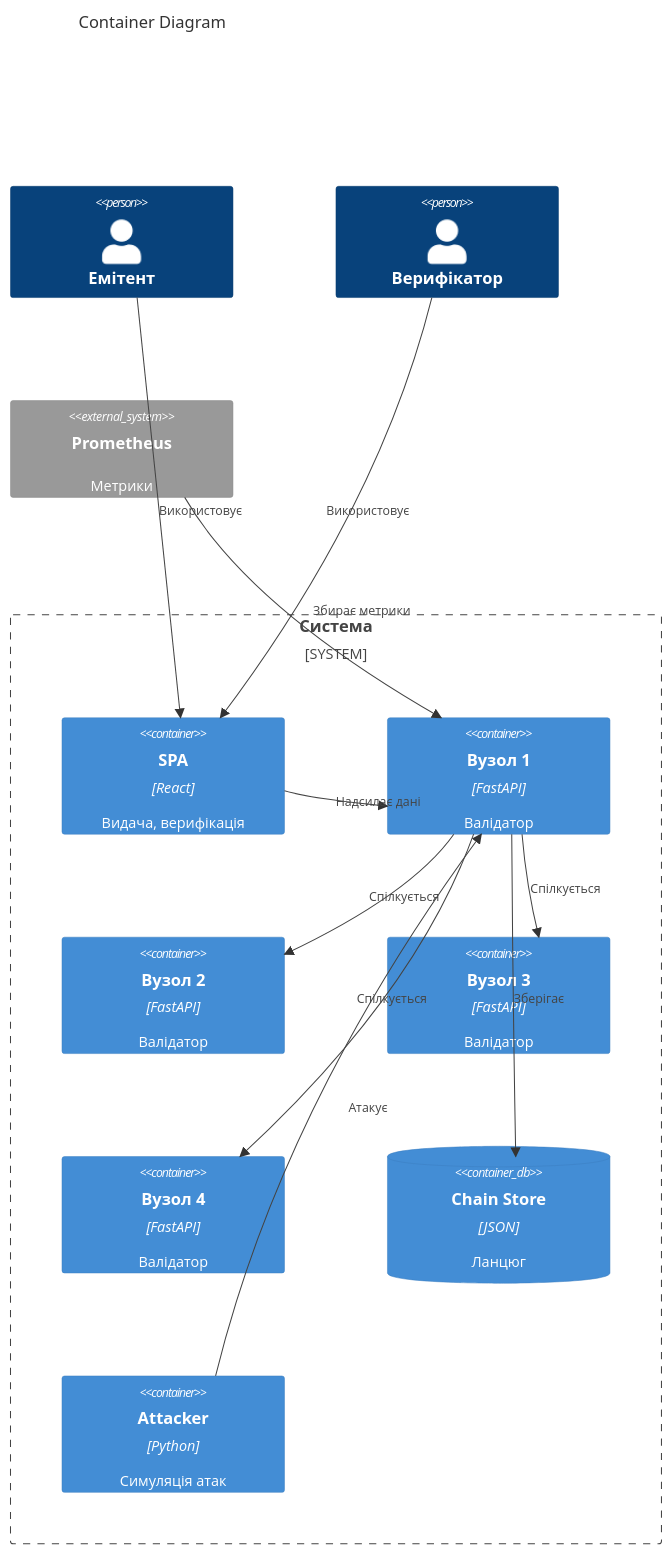
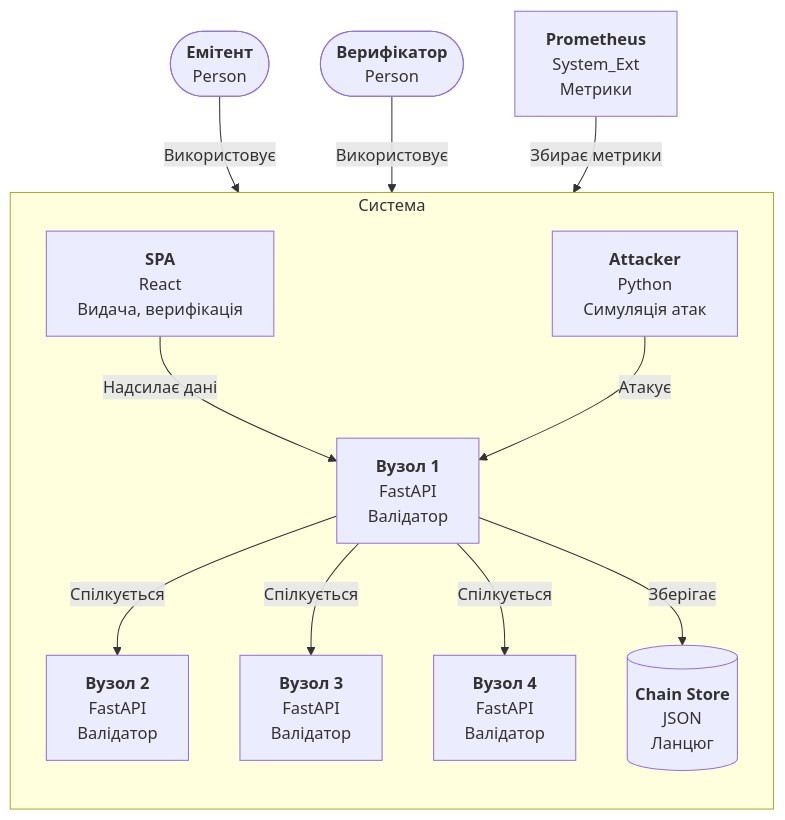
Before and after one commit to YakymivDanylo/F2-diploma-project: the second of 2 diagrams in F2_Diploma_Yakymiv_DR/AI-Logs/LR5-c4-level1-2-draft-v0.1.md, drawn with Mermaid. The commit also changed other lines of this file and 1 other file, not shown here.

Commit message:
docs(core): convert raw C4 draft diagrams to flowchart syntax

````diff
--- a/F2_Diploma_Yakymiv_DR/AI-Logs/LR5-c4-level1-2-draft-v0.1.md
+++ b/F2_Diploma_Yakymiv_DR/AI-Logs/LR5-c4-level1-2-draft-v0.1.md
@@ -19,25 +22,25 @@
 ```mermaid
-C4Container
-    title Container Diagram
-    Person(issuer, "Емітент")
-    Person(verifier, "Верифікатор")
-    System_Boundary(b, "Система") {
-        Container(spa, "SPA", "React", "Видача, верифікація")
-        Container(node1, "Вузол 1", "FastAPI", "Валідатор")
-        Container(node2, "Вузол 2", "FastAPI", "Валідатор")
-        Container(node3, "Вузол 3", "FastAPI", "Валідатор")
-        Container(node4, "Вузол 4", "FastAPI", "Валідатор")
-        ContainerDb(store, "Chain Store", "JSON", "Ланцюг")
-        Container(attacker, "Attacker", "Python", "Симуляція атак")
-    }
-    System_Ext(prom, "Prometheus", "Метрики")
-    Rel(issuer, spa, "Використовує")
-    Rel(verifier, spa, "Використовує")
-    Rel(spa, node1, "Надсилає дані")
-    Rel(node1, node2, "Спілкується")
-    Rel(node1, node3, "Спілкується")
-    Rel(node1, node4, "Спілкується")
-    Rel(node1, store, "Зберігає")
-    Rel(prom, node1, "Збирає метрики")
-    Rel(attacker, node1, "Атакує")
+flowchart TB
+    issuer(["<b>Емітент</b><br/>Person"])
+    verifier(["<b>Верифікатор</b><br/>Person"])
+    subgraph b["Система"]
+        direction TB
+        spa["<b>SPA</b><br/>React<br/>Видача, верифікація"]
+        node1["<b>Вузол 1</b><br/>FastAPI<br/>Валідатор"]
+        node2["<b>Вузол 2</b><br/>FastAPI<br/>Валідатор"]
+        node3["<b>Вузол 3</b><br/>FastAPI<br/>Валідатор"]
+        node4["<b>Вузол 4</b><br/>FastAPI<br/>Валідатор"]
+        store[("<b>Chain Store</b><br/>JSON<br/>Ланцюг")]
+        attacker["<b>Attacker</b><br/>Python<br/>Симуляція атак"]
+    end
+    prom["<b>Prometheus</b><br/>System_Ext<br/>Метрики"]
+    issuer -->|"Використовує"| spa
+    verifier -->|"Використовує"| spa
+    spa -->|"Надсилає дані"| node1
+    node1 -->|"Спілкується"| node2
+    node1 -->|"Спілкується"| node3
+    node1 -->|"Спілкується"| node4
+    node1 -->|"Зберігає"| store
+    prom -->|"Збирає метрики"| node1
+    attacker -->|"Атакує"| node1
 ```
````
